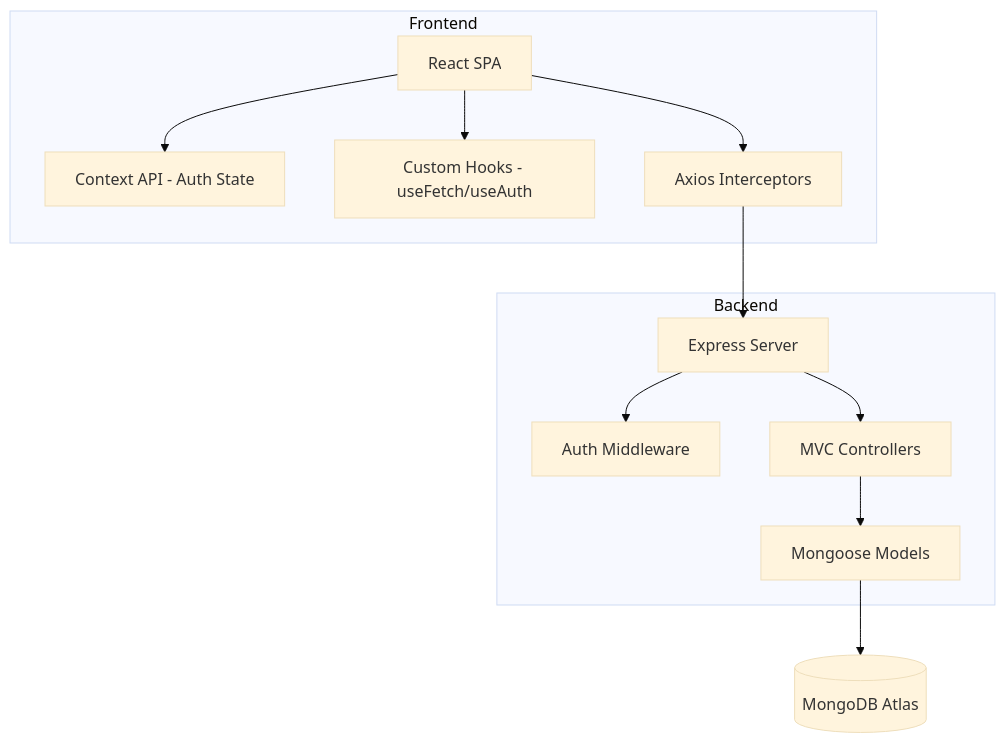
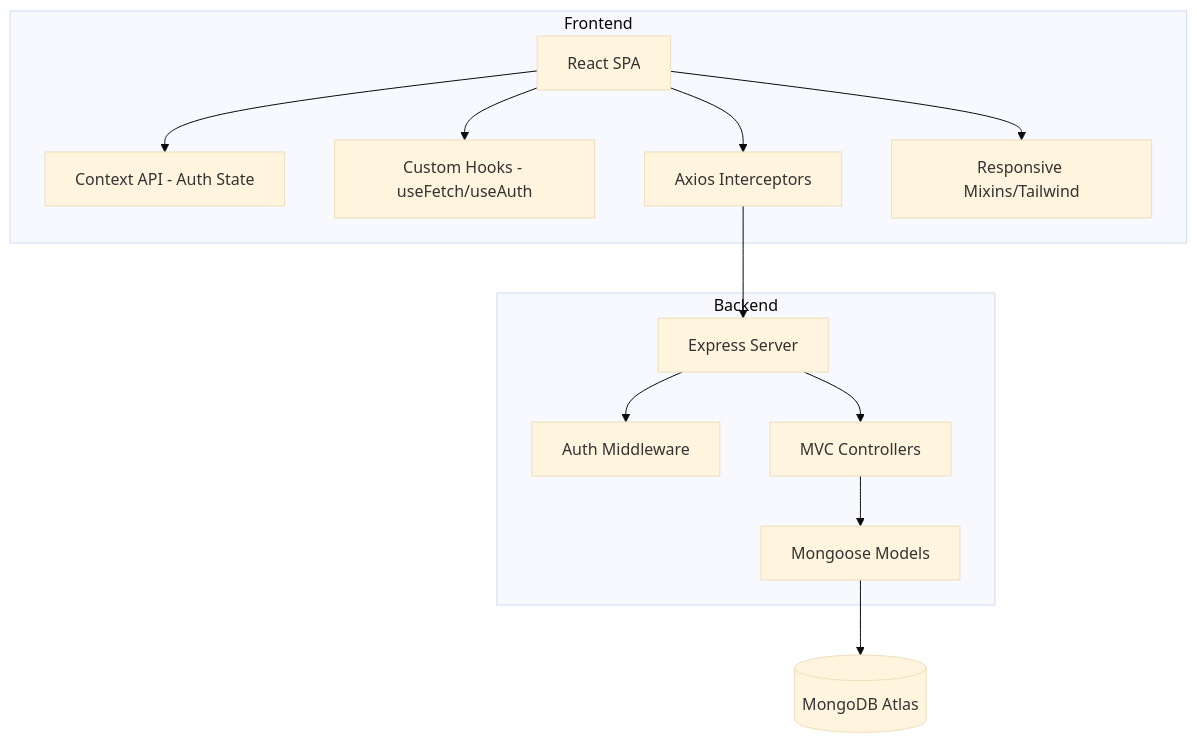
One commit to imDeiviz/portfolio_personal changed the diagram in README_DEV.md. Above: the diagram before and after it, drawn with Mermaid (base theme). The commit also changed other lines of this file and 7 other files, not shown here.

````diff
--- a/README_DEV.md
+++ b/README_DEV.md
@@ -20,17 +20,18 @@
 ```mermaid
 graph TD
     subgraph Frontend
         A[React SPA] --> B[Context API - Auth State]
         A --> C[Custom Hooks - useFetch/useAuth]
         A --> D[Axios Interceptors]
+        A --> R[Responsive Mixins/Tailwind]
     end
 
     subgraph Backend
         D --> E[Express Server]
         E --> F[Auth Middleware]
         E --> G[MVC Controllers]
         G --> H[Mongoose Models]
     end
 
     H --> I[(MongoDB Atlas)]
 ```
````
